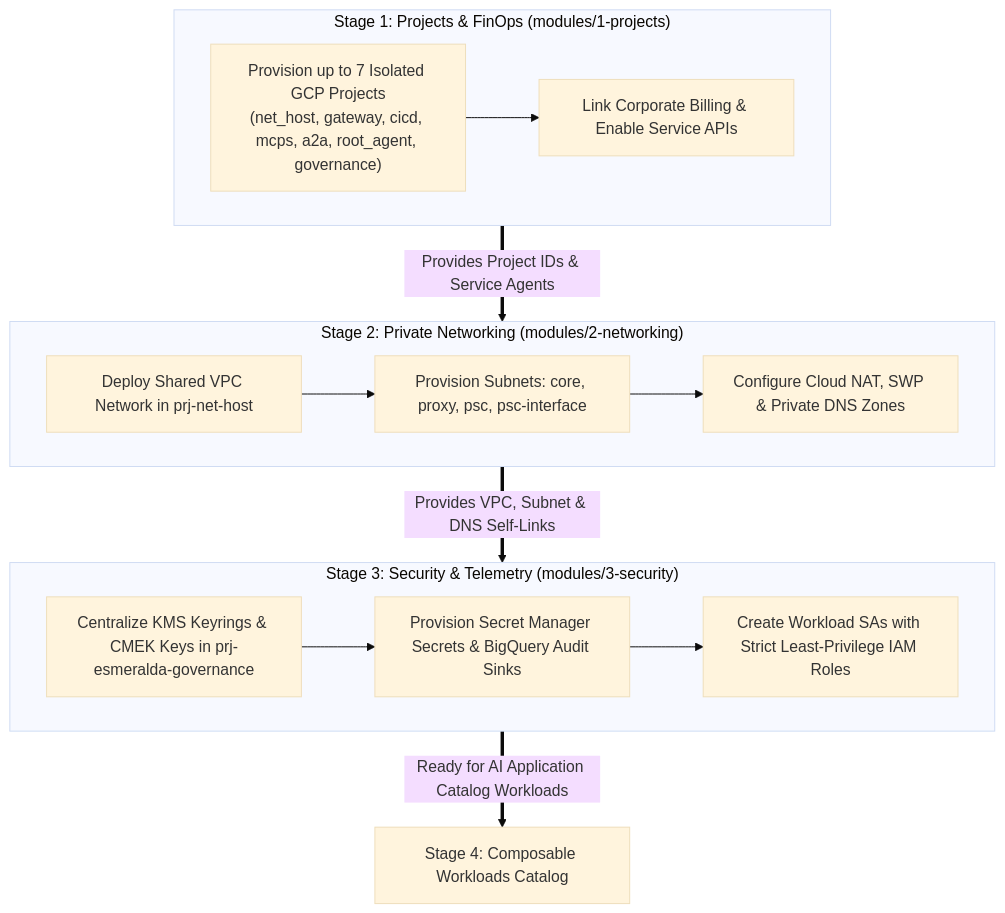
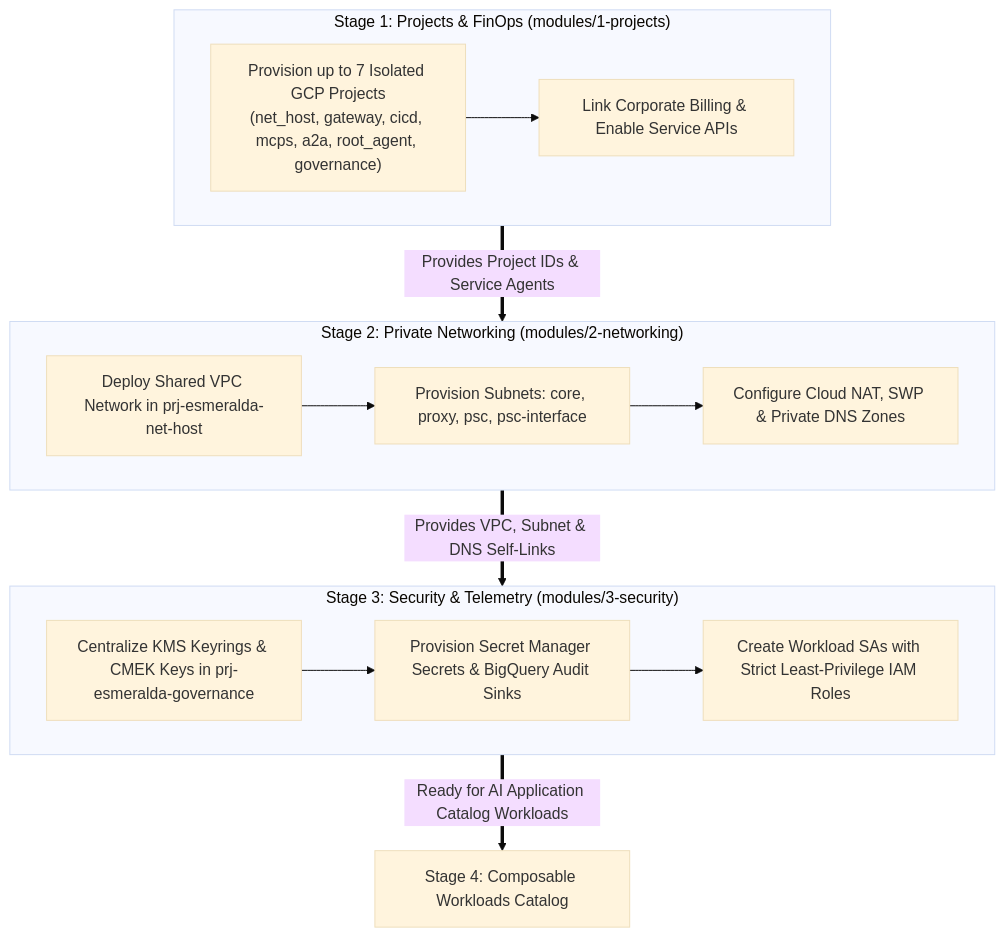
The diagram in docs/1-platform-foundations/README.md (google/esmeralda), drawn with Mermaid (base theme) before and after one commit. The commit also changed 11 other files, not shown here.

First line of the commit message:
Update project names to match project IDs and standardize esmeralda prefix for net-host and gateway projects

````diff
--- a/docs/1-platform-foundations/README.md
+++ b/docs/1-platform-foundations/README.md
@@ -9,26 +9,26 @@
 ```mermaid
 flowchart TD
     subgraph Stage1["Stage 1: Projects & FinOps (modules/1-projects)"]
         P1["Provision up to 7 Isolated GCP Projects<br/>(net_host, gateway, cicd, mcps, a2a, root_agent, governance)"]
         P2["Link Corporate Billing & Enable Service APIs"]
         P1 --> P2
     end
 
     subgraph Stage2["Stage 2: Private Networking (modules/2-networking)"]
-        N1["Deploy Shared VPC Network in prj-net-host"]
+        N1["Deploy Shared VPC Network in prj-esmeralda-net-host"]
         N2["Provision Subnets: core, proxy, psc, psc-interface"]
         N3["Configure Cloud NAT, SWP & Private DNS Zones"]
         N1 --> N2 --> N3
     end
 
     subgraph Stage3["Stage 3: Security & Telemetry (modules/3-security)"]
         S1["Centralize KMS Keyrings & CMEK Keys in prj-esmeralda-governance"]
         S2["Provision Secret Manager Secrets & BigQuery Audit Sinks"]
         S3["Create Workload SAs with Strict Least-Privilege IAM Roles"]
         S1 --> S2 --> S3
     end
 
     Stage1 ==>|Provides Project IDs & Service Agents| Stage2
     Stage2 ==>|Provides VPC, Subnet & DNS Self-Links| Stage3
     Stage3 ==>|Ready for AI Application Catalog Workloads| Catalog["Stage 4: Composable Workloads Catalog"]
 ```
````
